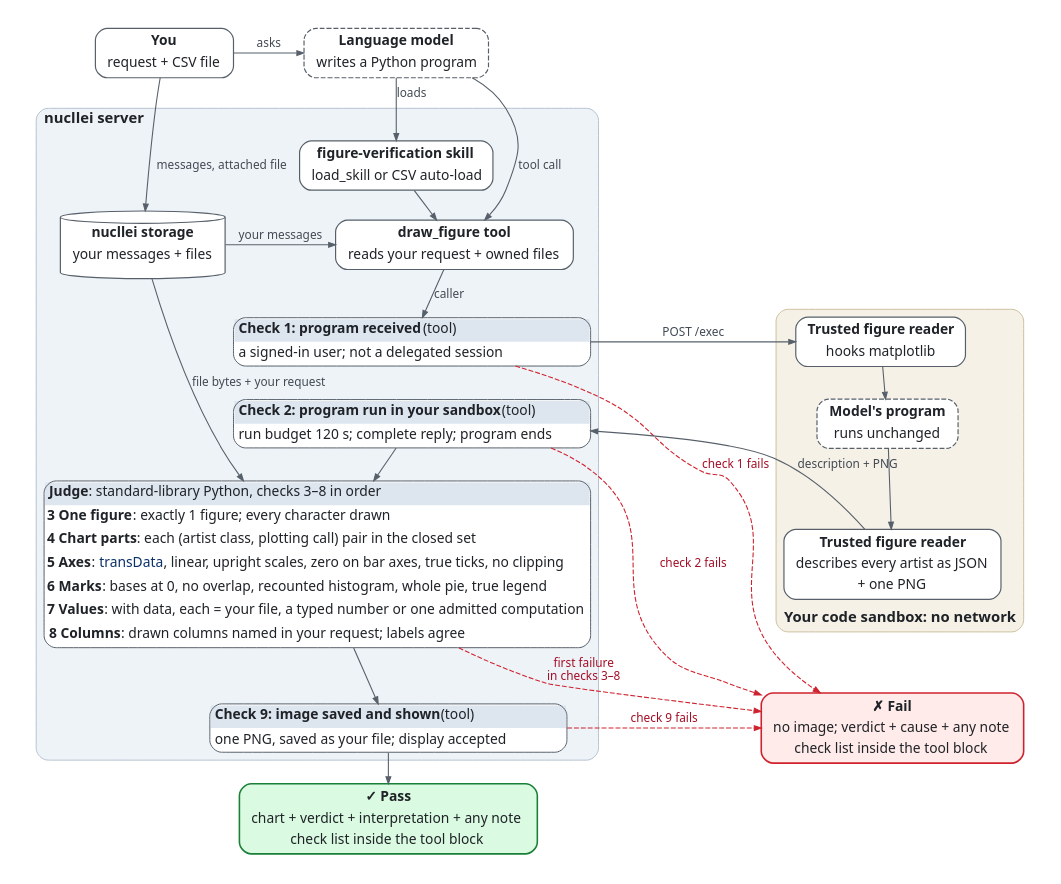
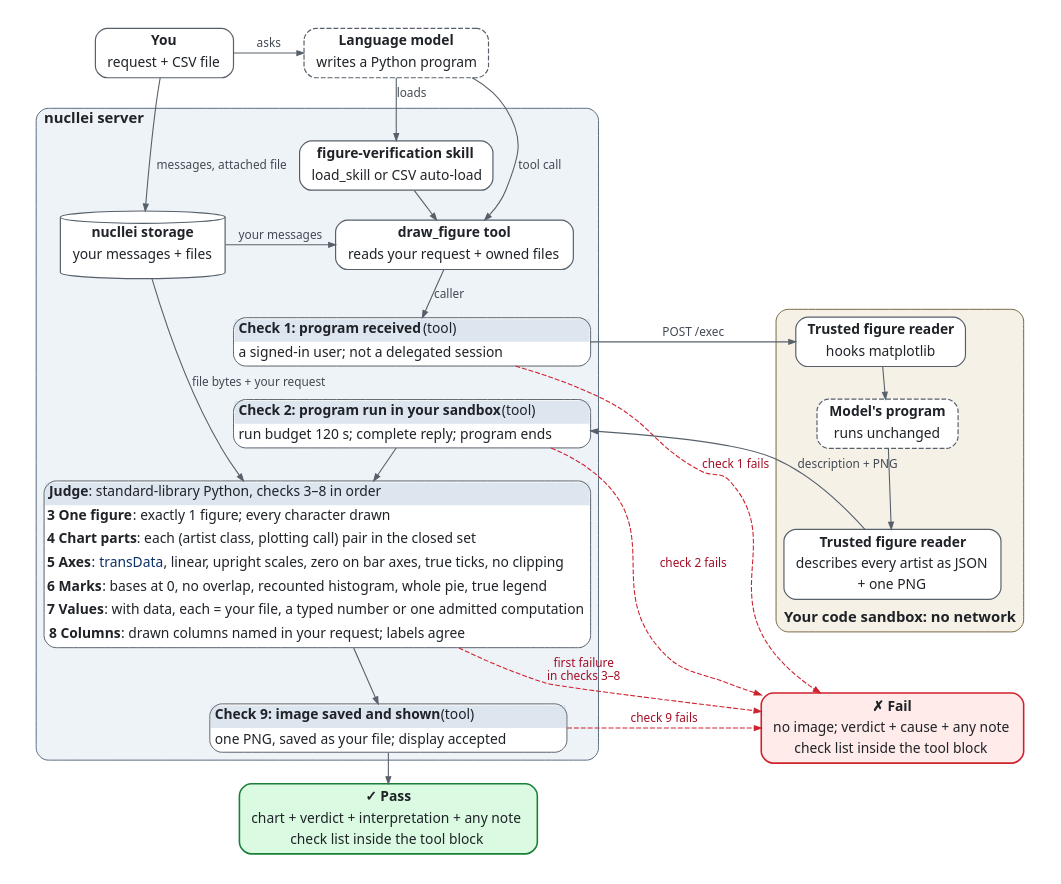
The diagram in docs/diagrams/verifier-nucllei.dot (eturkes/figure-verification), drawn with Graphviz before and after one commit. The commit also changed 11 other files, not shown here.

```diff
--- a/docs/diagrams/verifier-nucllei.dot
+++ b/docs/diagrams/verifier-nucllei.dot
@@ -1,78 +1,78 @@
 // SPDX-License-Identifier: Apache-2.0 WITH LLVM-exception
 // How the figure verifier decides: the pipeline, one summary card per check. Rendered to
 // verifier-nucllei.svg by tools/render_diagrams.py; every rule = the tables of docs/nucllei/checks.md.
 digraph verifier_nucllei {
   graph [fontname="Noto Sans", fontsize=15, fontcolor="#1f2328", bgcolor="white",
          pad=0.3, nodesep=0.35, ranksep=0.28, newrank=true, compound=true];
   node [fontname="Noto Sans", fontsize=14, fontcolor="#1f2328", shape=box,
         style="rounded,filled", fillcolor="white", color="#57606a", penwidth=1.2,
         margin="0.15,0.06"];
   edge [fontname="Noto Sans", fontsize=12, fontcolor="#424a53", color="#57606a",
         arrowsize=0.7, penwidth=1.1];
 
   you [label=<<table border="0" cellborder="0" cellspacing="0" cellpadding="1"><tr><td height="21"><b>You</b></td></tr><tr><td height="21">request + CSV file</td></tr></table>>];
   model [label=<<table border="0" cellborder="0" cellspacing="0" cellpadding="1"><tr><td height="21"><b>Language model</b></td></tr><tr><td height="21">writes a Python program</td></tr></table>>, style="rounded,dashed"];
 
   subgraph cluster_server {
     label=<<b>nucllei server</b>>; labeljust=l; style="rounded,filled";
-    fillcolor="#eef3f8"; color="#b6c3d1";
+    fillcolor="#eef3f8"; color="#5a6b80";
     storage [label=<<table border="0" cellborder="0" cellspacing="0" cellpadding="1"><tr><td height="21"><b>nucllei storage</b></td></tr><tr><td height="21">your messages + files</td></tr></table>>, shape=cylinder, style=filled];
     skill [label=<<table border="0" cellborder="0" cellspacing="0" cellpadding="1"><tr><td height="21"><b>figure-verification skill</b></td></tr><tr><td height="21">load_skill or CSV auto-load</td></tr></table>>];
     tool [label=<<table border="0" cellborder="0" cellspacing="0" cellpadding="1"><tr><td height="21"><b>draw_figure tool</b></td></tr><tr><td height="21">reads your request + owned files</td></tr></table>>];
     c1 [shape=plain, label=<<table border="1" cellborder="0" cellspacing="0" cellpadding="2" style="rounded" color="#57606a" bgcolor="white">
         <tr><td align="left" bgcolor="#dde5ee" cellpadding="4"><b>Check 1: program received</b> (tool)</td></tr>
         <tr><td align="left" width="360" height="24" cellpadding="4">a signed-in user; not a delegated session</td></tr></table>>];
     c2 [shape=plain, label=<<table border="1" cellborder="0" cellspacing="0" cellpadding="2" style="rounded" color="#57606a" bgcolor="white">
         <tr><td align="left" bgcolor="#dde5ee" cellpadding="4"><b>Check 2: program run in your sandbox</b> (tool)</td></tr>
         <tr><td align="left" width="360" height="24" cellpadding="4">run budget 120 s; complete reply; program ends</td></tr></table>>];
 
     judge [shape=plain, label=<<table border="1" cellborder="0" cellspacing="0" cellpadding="2" style="rounded" color="#57606a" bgcolor="white">
         <tr><td align="left" bgcolor="#dde5ee" cellpadding="4"><b>Judge</b>: standard-library Python, checks 3–8 in order</td></tr>
         <tr><td align="left" height="24"><b>3 One figure</b>: exactly 1 figure; every character drawn</td></tr>
         <tr><td align="left" height="24"><b>4 Chart parts</b>: each (artist class, plotting call) pair in the closed set</td></tr>
         <tr><td align="left" height="24"><b>5 Axes</b>: <font color="#0a3069">transData</font>, linear, upright scales, zero on bar axes, true ticks, no clipping</td></tr>
         <tr><td align="left" height="24"><b>6 Marks</b>: bases at 0, no overlap, recounted histogram, whole pie, true legend</td></tr>
         <tr><td align="left" height="24"><b>7 Values</b>: with data, each = your file, a typed number or one admitted computation</td></tr>
         <tr><td align="left" height="24" cellpadding="4"><b>8 Columns</b>: drawn columns named in your request; labels agree</td></tr></table>>];
 
     c9 [shape=plain, label=<<table border="1" cellborder="0" cellspacing="0" cellpadding="2" style="rounded" color="#57606a" bgcolor="white">
         <tr><td align="left" bgcolor="#dde5ee" cellpadding="4"><b>Check 9: image saved and shown</b> (tool)</td></tr>
         <tr><td align="left" width="360" height="24" cellpadding="4">one PNG, saved as your file; display accepted</td></tr></table>>];
   }
 
   subgraph cluster_sandbox {
     label=<<b>Your code sandbox: no network</b>>; labeljust=l; labelloc=b; style="rounded,filled";
-    fillcolor="#f6f1e7"; color="#cdbf9f";
+    fillcolor="#f6f1e7"; color="#76663f";
     hook [label=<<table border="0" cellborder="0" cellspacing="0" cellpadding="1"><tr><td height="21"><b>Trusted figure reader</b></td></tr><tr><td height="21">hooks matplotlib</td></tr></table>>];
     program [label=<<table border="0" cellborder="0" cellspacing="0" cellpadding="1"><tr><td height="21"><b>Model's program</b></td></tr><tr><td height="21">runs unchanged</td></tr></table>>, style="rounded,dashed,filled"];
     describe [label=<<table border="0" cellborder="0" cellspacing="0" cellpadding="1"><tr><td height="21"><b>Trusted figure reader</b></td></tr><tr><td height="21">describes every artist as JSON</td></tr><tr><td height="21">+ one PNG</td></tr></table>>];
   }
 
   pass [label=<<table border="0" cellborder="0" cellspacing="0" cellpadding="1"><tr><td height="21"><b>✓ Pass</b></td></tr><tr><td height="21">chart + verdict + interpretation + any note</td></tr><tr><td height="21">check list inside the tool block</td></tr></table>>, color="#1a7f37", fillcolor="#dafbe1", penwidth=1.6];
   fail [label=<<table border="0" cellborder="0" cellspacing="0" cellpadding="1"><tr><td height="21"><b>✗ Fail</b></td></tr><tr><td height="21">no image; verdict + cause + any note</td></tr><tr><td height="21">check list inside the tool block</td></tr></table>>, color="#cf222e", fillcolor="#ffebe9", penwidth=1.6];
 
   { rank=same; you; model; }
   { rank=same; storage; tool; }
   { rank=same; c1; hook; }
   { rank=same; c9; fail; }
 
   you -> model [label="asks"];
   you -> storage [label="messages, attached file"];
   model -> skill [label="loads"];
   skill -> tool;
   model -> tool [label="tool call"];
   storage -> tool [label="your messages"];
   tool -> c1 [label="caller"];
   c1 -> hook [label="POST /exec"];
   hook -> program -> describe;
   describe -> c2 [label="description + PNG", constraint=false];
   c1 -> c2 [style=invis];
   describe -> fail [style=invis, weight=8];
   c2 -> judge -> c9 -> pass;
   storage -> judge [label="file bytes + your request"];
   edge [color="#cf222e", fontcolor="#a40e26", style=dashed];
   c1 -> fail [label="check 1 fails"];
   c2 -> fail [label="check 2 fails"];
   judge -> fail [label="first failure\nin checks 3–8"];
   c9 -> fail [label="check 9 fails"];
 }
```
